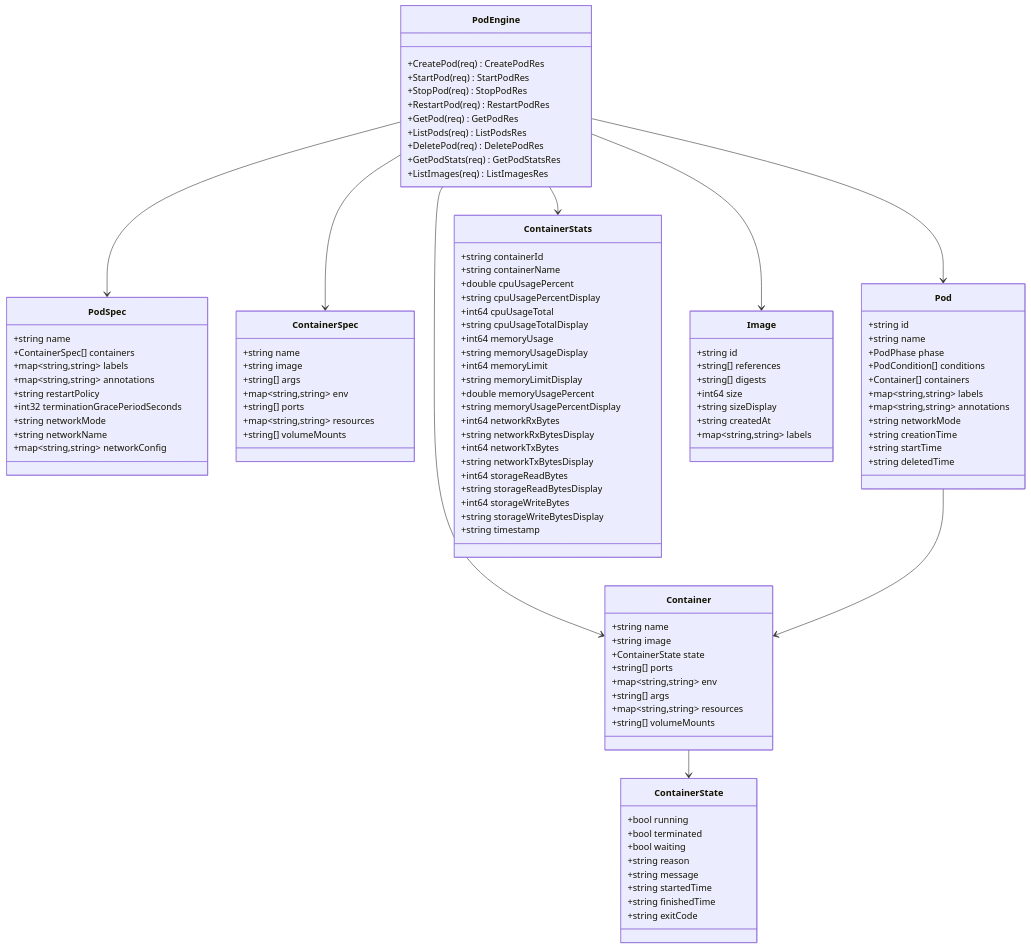
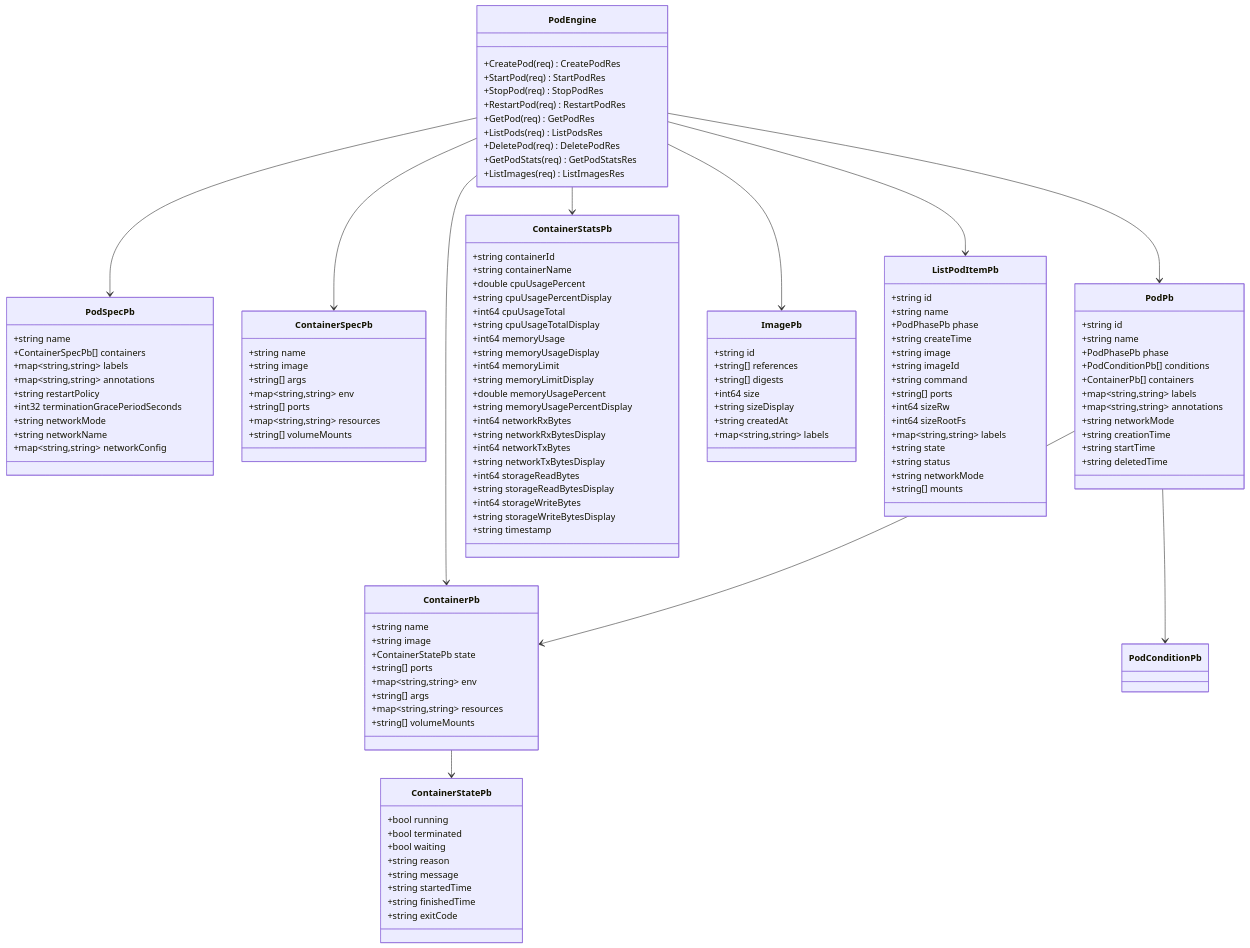
Before and after one commit to maomao94/zero-service: the third of 7 diagrams in .qoder/repowiki/zh/content/系统架构设计/微服务拆分设计/业务域服务/容器引擎服务.md, drawn with Mermaid. The commit also changed other lines of this file and 15 other files, not shown here.

````diff
--- a/.qoder/repowiki/zh/content/系统架构设计/微服务拆分设计/业务域服务/容器引擎服务.md
+++ b/.qoder/repowiki/zh/content/系统架构设计/微服务拆分设计/业务域服务/容器引擎服务.md
@@ -168,9 +195,9 @@
 +GetPodStats(req) GetPodStatsRes
 +ListImages(req) ListImagesRes
 }
-class PodSpec {
+class PodSpecPb {
 +string name
-+ContainerSpec[] containers
++ContainerSpecPb[] containers
 +map~string,string~ labels
 +map~string,string~ annotations
 +string restartPolicy
@@ -179,7 +206,7 @@
 +string networkName
 +map~string,string~ networkConfig
 }
-class ContainerSpec {
+class ContainerSpecPb {
 +string name
 +string image
 +string[] args
@@ -188,12 +215,12 @@
 +map~string,string~ resources
 +string[] volumeMounts
 }
-class Pod {
+class PodPb {
 +string id
 +string name
-+PodPhase phase
-+PodCondition[] conditions
-+Container[] containers
++PodPhasePb phase
++PodConditionPb[] conditions
++ContainerPb[] containers
 +map~string,string~ labels
 +map~string,string~ annotations
 +string networkMode
@@ -201,17 +228,17 @@
 +string startTime
 +string deletedTime
 }
-class Container {
+class ContainerPb {
 +string name
 +string image
-+ContainerState state
++ContainerStatePb state
 +string[] ports
 +map~string,string~ env
 +string[] args
 +map~string,string~ resources
 +string[] volumeMounts
 }
-class ContainerState {
+class ContainerStatePb {
 +bool running
 +bool terminated
 +bool waiting
@@ -221,7 +248,7 @@
 +string finishedTime
 +string exitCode
 }
-class ContainerStats {
+class ContainerStatsPb {
 +string containerId
 +string containerName
 +double cpuUsagePercent
@@ -244,7 +271,7 @@
 +string storageWriteBytesDisplay
 +string timestamp
 }
-class Image {
+class ImagePb {
 +string id
 +string[] references
 +string[] digests
@@ -253,12 +280,31 @@
 +string createdAt
 +map~string,string~ labels
 }
-PodEngine --> PodSpec
-PodEngine --> ContainerSpec
-PodEngine --> Pod
-PodEngine --> Container
-PodEngine --> ContainerStats
-PodEngine --> Image
-Pod --> Container
-Container --> ContainerState
+class ListPodItemPb {
++string id
++string name
++PodPhasePb phase
++string createTime
++string image
++string imageId
++string command
++string[] ports
++int64 sizeRw
++int64 sizeRootFs
++map~string,string~ labels
++string state
++string status
++string networkMode
++string[] mounts
+}
+PodEngine --> PodSpecPb
+PodEngine --> ContainerSpecPb
+PodEngine --> PodPb
+PodEngine --> ContainerPb
+PodEngine --> ContainerStatsPb
+PodEngine --> ImagePb
+PodEngine --> ListPodItemPb
+PodPb --> ContainerPb
+PodPb --> PodConditionPb
+ContainerPb --> ContainerStatePb
 ```
````
